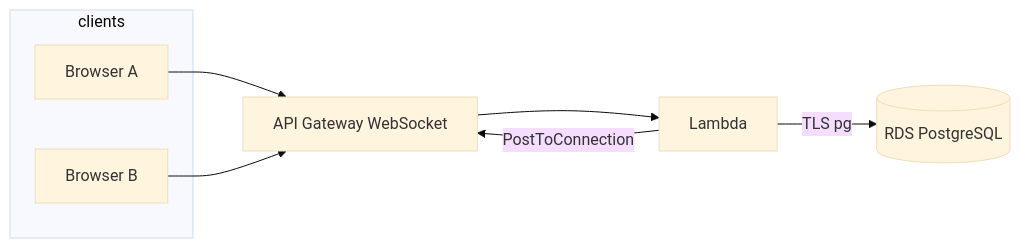
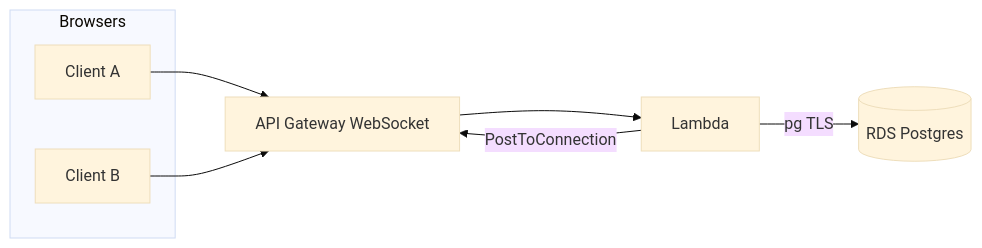
One commit to Tanvisharma31/TapTalent-Technical_Assignment changed the diagram in README.md. Above: the diagram before and after it, drawn with Mermaid (base theme). The commit also changed other lines of this file and 38 other files, not shown here.

````diff
--- a/README.md
+++ b/README.md
@@ -16,15 +24,15 @@
 ```mermaid
 flowchart LR
-  subgraph clients
-    A[Browser A]
-    B[Browser B]
+  subgraph clients [Browsers]
+    A[Client A]
+    B[Client B]
   end
   WS[API Gateway WebSocket]
   L[Lambda]
-  DB[(RDS PostgreSQL)]
+  DB[(RDS Postgres)]
   A --> WS
   B --> WS
   WS --> L
-  L -->|TLS pg| DB
+  L -->|pg TLS| DB
   L -->|PostToConnection| WS
 ```
````
